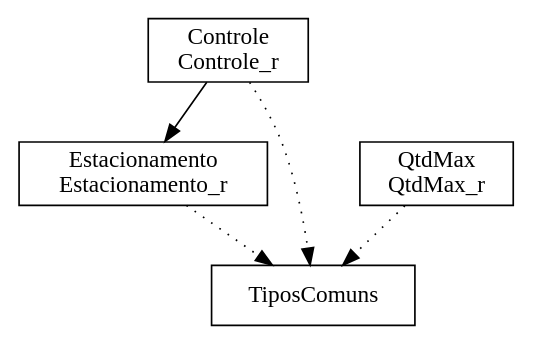
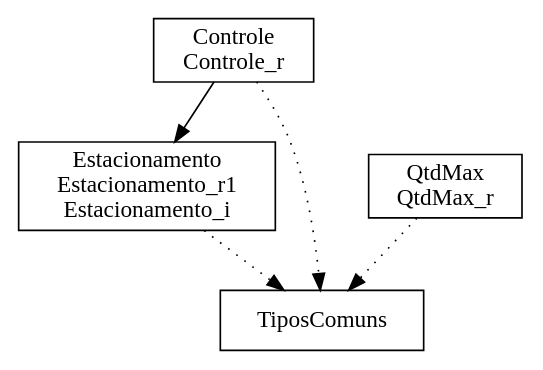
One commit to ciromdrs/mch_estacionamento changed the diagram in Estacionamento/bdp/Estacionamento.dot. Above: the diagram before and after it, drawn with Graphviz. The commit also changed 56 other files, not shown here.

```diff
--- a/Estacionamento/bdp/Estacionamento.dot
+++ b/Estacionamento/bdp/Estacionamento.dot
@@ -1,11 +1,11 @@
 digraph {
 Controle_r [ label=" Controle\nControle_r " shape= box ]
-Estacionamento_r [ label=" Estacionamento\nEstacionamento_r " shape= box ]
+Estacionamento_i [ label=" Estacionamento\nEstacionamento_r1\nEstacionamento_i " shape= box ]
 QtdMax_r [ label=" QtdMax\nQtdMax_r " shape= box ]
 TiposComuns [ label=" TiposComuns " shape= box ]
 
 "Controle_r" -> "TiposComuns" [style= dotted ]
-"Controle_r" -> "Estacionamento_r" []
-"Estacionamento_r" -> "TiposComuns" [style= dotted ]
+"Controle_r" -> "Estacionamento_i" []
+"Estacionamento_i" -> "TiposComuns" [style= dotted ]
 "QtdMax_r" -> "TiposComuns" [style= dotted ]
 }
```
